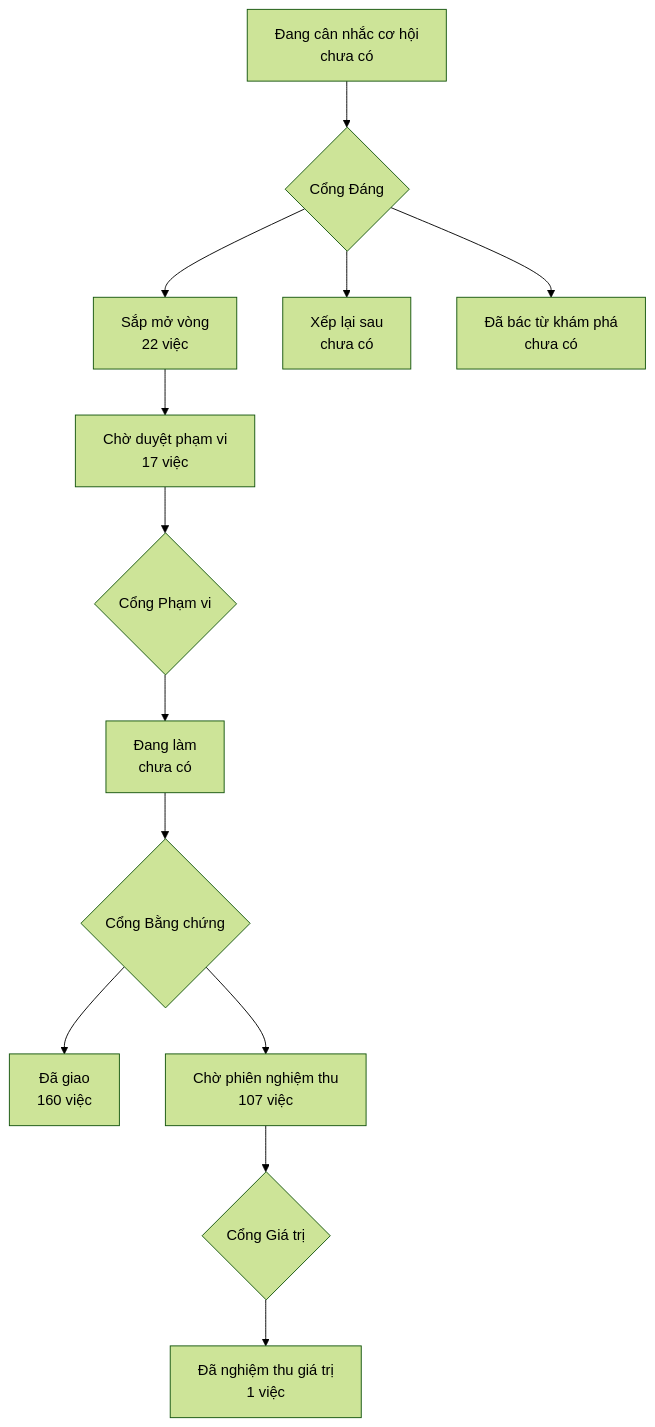
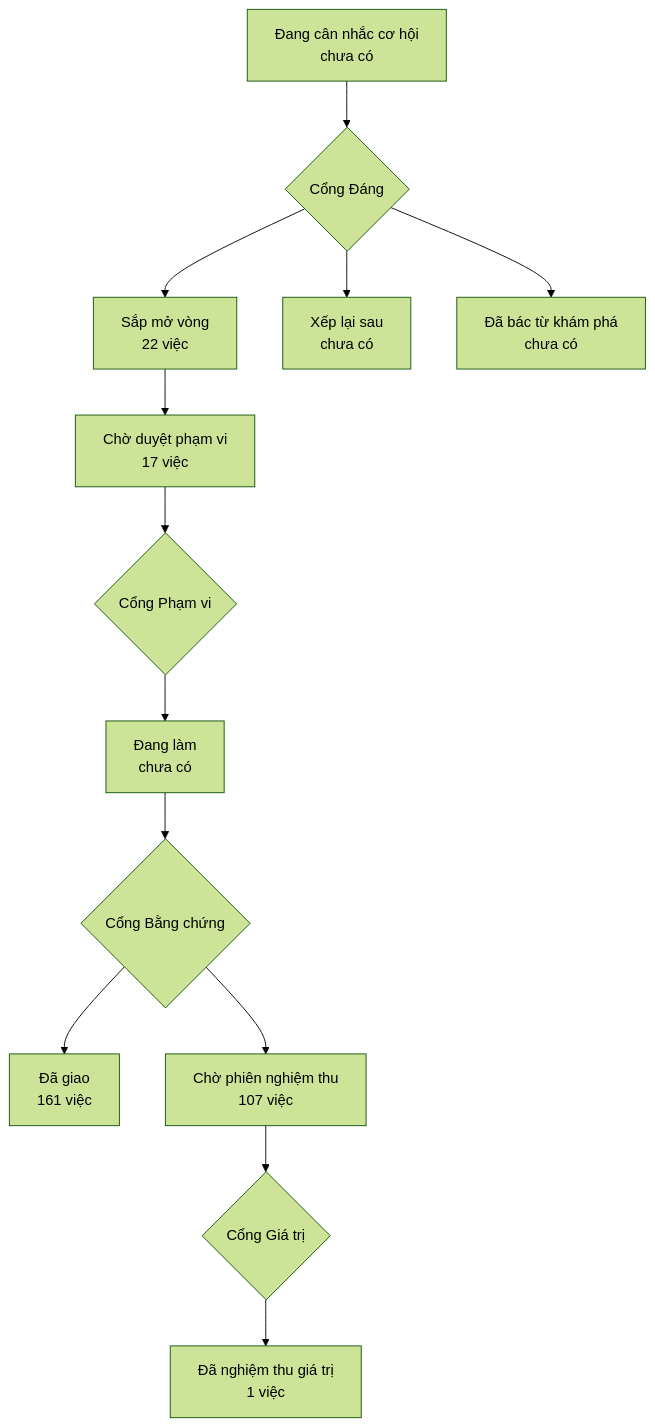
Before and after one commit to phanlemanh/onehub-invest: the diagram in PRODUCT-MAP.md, drawn with Mermaid (forest theme). The commit also changed other lines of this file and 1 other file, not shown here.

Commit message:
docs: sinh lại PRODUCT-MAP, LO-TRINH sau khi gộp main

````diff
--- a/PRODUCT-MAP.md
+++ b/PRODUCT-MAP.md
@@ -7,12 +7,12 @@
 ```mermaid
 flowchart TD
   A["Đang cân nhắc cơ hội<br/>chưa có"] --> GD{"Cổng Đáng"}
   GD --> B["Sắp mở vòng<br/>22 việc"]
   GD --> XL["Xếp lại sau<br/>chưa có"]
   GD --> DB["Đã bác từ khám phá<br/>chưa có"]
   B --> CD["Chờ duyệt phạm vi<br/>17 việc"] --> GP{"Cổng Phạm vi"}
   GP --> DL["Đang làm<br/>chưa có"] --> GB{"Cổng Bằng chứng"}
-  GB --> DG["Đã giao<br/>160 việc"]
+  GB --> DG["Đã giao<br/>161 việc"]
   GB --> CN["Chờ phiên nghiệm thu<br/>107 việc"] --> GG{"Cổng Giá trị"}
   GG --> NT["Đã nghiệm thu giá trị<br/>1 việc"]
 ```
````
